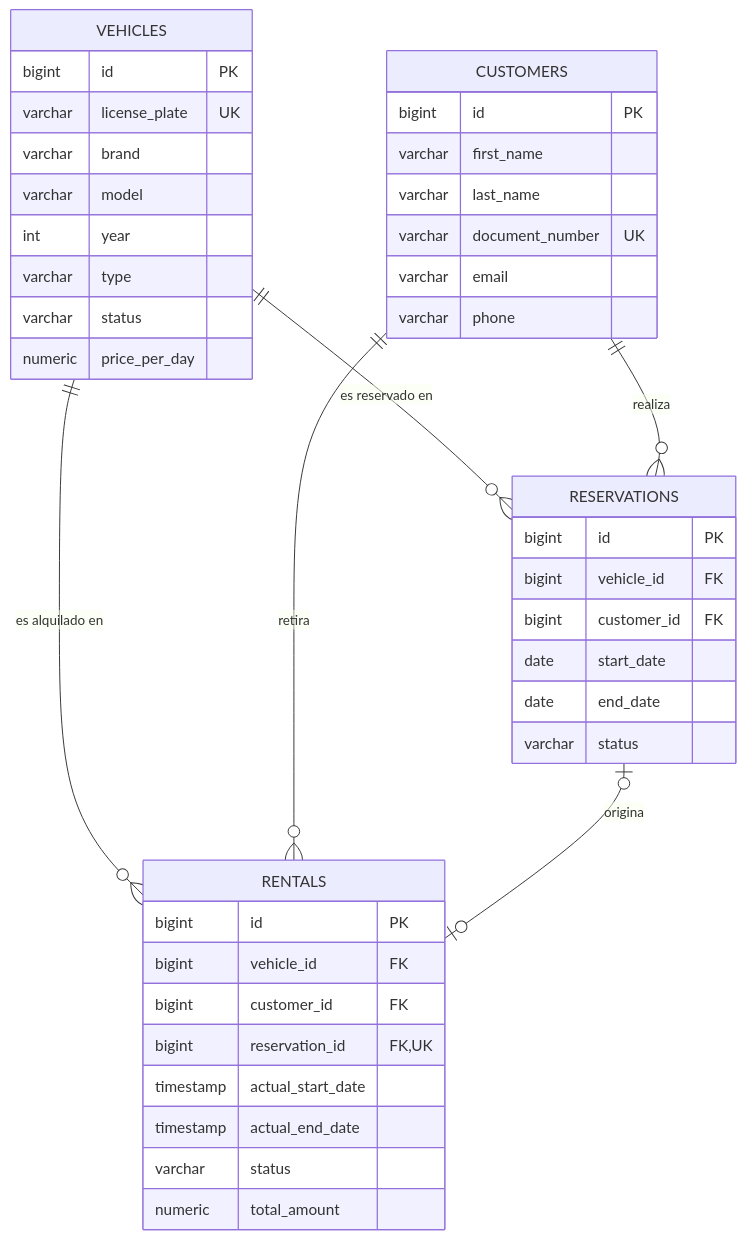
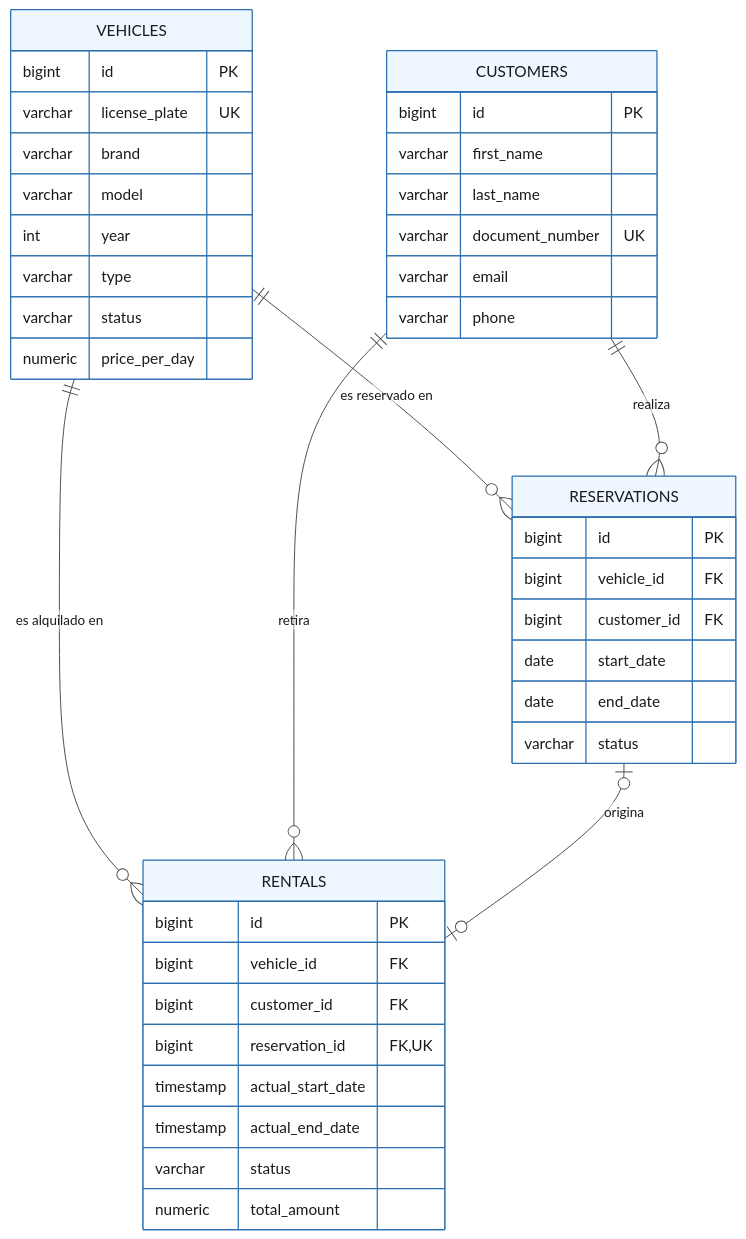
The second of 2 diagrams in docs/04-base-de-datos/03-alquileres-mariocardona970546.md (chaarlyez/Sistema_de_alquiler_de_veh-culos), drawn with Mermaid before and after one commit. The commit also changed other lines of this file and 6 other files, not shown here.

First line of the commit message:
docs: colorear todos los diagramas Mermaid y cerrar observacion de notacion

````diff
--- a/docs/04-base-de-datos/03-alquileres-mariocardona970546.md
+++ b/docs/04-base-de-datos/03-alquileres-mariocardona970546.md
@@ -209,48 +219,58 @@
 ```mermaid
+%%{init: {'theme': 'base', 'themeVariables': {
+  'background': '#ffffff',
+  'primaryColor': '#eef6ff',
+  'primaryBorderColor': '#2a6fb0',
+  'primaryTextColor': '#1a1a1a',
+  'lineColor': '#4a4a4a',
+  'textColor': '#1a1a1a',
+  'attributeBackgroundColorOdd': '#f7f9fb',
+  'attributeBackgroundColorEven': '#ffffff'
+}}}%%
 erDiagram
     VEHICLES ||--o{ RESERVATIONS : "es reservado en"
     CUSTOMERS ||--o{ RESERVATIONS : "realiza"
     VEHICLES ||--o{ RENTALS : "es alquilado en"
     CUSTOMERS ||--o{ RENTALS : "retira"
     RESERVATIONS |o--o| RENTALS : "origina"
 
     VEHICLES {
         bigint id PK
         varchar license_plate UK
         varchar brand
         varchar model
         int year
         varchar type
         varchar status
         numeric price_per_day
     }
 
     CUSTOMERS {
         bigint id PK
         varchar first_name
         varchar last_name
         varchar document_number UK
         varchar email
         varchar phone
     }
 
     RESERVATIONS {
         bigint id PK
         bigint vehicle_id FK
         bigint customer_id FK
         date start_date
         date end_date
         varchar status
     }
 
     RENTALS {
         bigint id PK
         bigint vehicle_id FK
         bigint customer_id FK
         bigint reservation_id FK, UK
         timestamp actual_start_date
         timestamp actual_end_date
         varchar status
         numeric total_amount
     }
 ```
````
